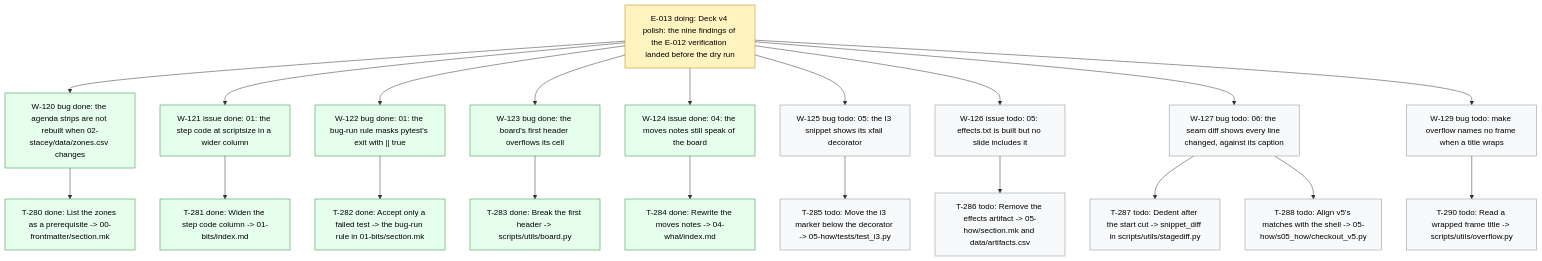
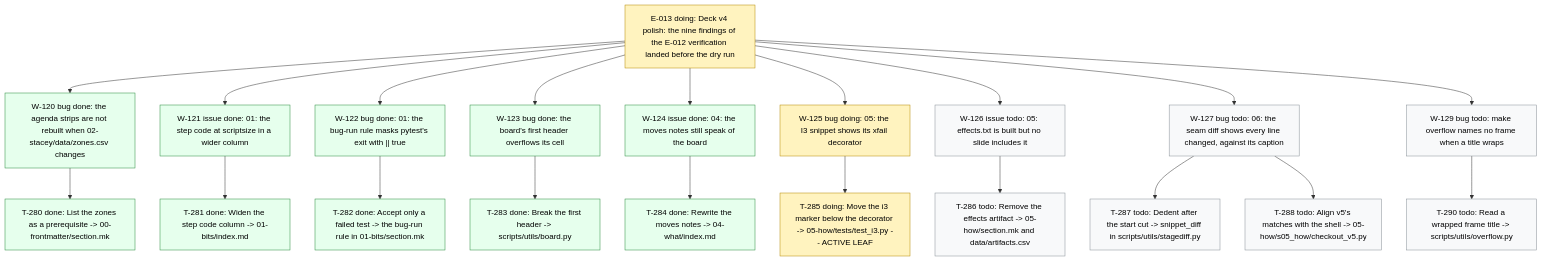
The diagram in .board/BOARD.md (dpopchev/chaos-to-simple), drawn with Mermaid before and after one commit. The commit also changed other lines of this file and 2 other files, not shown here.

Commit message:
chore(board): activate W-125, start T-285
Refs: W-125 T-285

````diff
--- a/.board/BOARD.md
+++ b/.board/BOARD.md
@@ -729,31 +729,31 @@
 ```mermaid
 flowchart TD
   E013["E-013 doing: Deck v4 polish: the nine findings of the E-012 verification landed before the dry run"]
   E013 --> W120["W-120 bug done: the agenda strips are not rebuilt when 02-stacey/data/zones.csv changes"]
   W120 --> T280["T-280 done: List the zones as a prerequisite -> 00-frontmatter/section.mk"]
   E013 --> W121["W-121 issue done: 01: the step code at scriptsize in a wider column"]
   W121 --> T281["T-281 done: Widen the step code column -> 01-bits/index.md"]
   E013 --> W122["W-122 bug done: 01: the bug-run rule masks pytest's exit with || true"]
   W122 --> T282["T-282 done: Accept only a failed test -> the bug-run rule in 01-bits/section.mk"]
   E013 --> W123["W-123 bug done: the board's first header overflows its cell"]
   W123 --> T283["T-283 done: Break the first header -> scripts/utils/board.py"]
   E013 --> W124["W-124 issue done: 04: the moves notes still speak of the board"]
   W124 --> T284["T-284 done: Rewrite the moves notes -> 04-what/index.md"]
-  E013 --> W125["W-125 bug todo: 05: the I3 snippet shows its xfail decorator"]
-  W125 --> T285["T-285 todo: Move the i3 marker below the decorator -> 05-how/tests/test_i3.py"]
+  E013 --> W125["W-125 bug doing: 05: the I3 snippet shows its xfail decorator"]
+  W125 --> T285["T-285 doing: Move the i3 marker below the decorator -> 05-how/tests/test_i3.py -- ACTIVE LEAF"]
   E013 --> W126["W-126 issue todo: 05: effects.txt is built but no slide includes it"]
   W126 --> T286["T-286 todo: Remove the effects artifact -> 05-how/section.mk and data/artifacts.csv"]
   E013 --> W127["W-127 bug todo: 06: the seam diff shows every line changed, against its caption"]
   W127 --> T287["T-287 todo: Dedent after the start cut -> snippet_diff in scripts/utils/stagediff.py"]
   W127 --> T288["T-288 todo: Align v5's matches with the shell -> 05-how/s05_how/checkout_v5.py"]
   E013 --> W129["W-129 bug todo: make overflow names no frame when a title wraps"]
   W129 --> T290["T-290 todo: Read a wrapped frame title -> scripts/utils/overflow.py"]
   classDef doing fill:#fff3bf,stroke:#b58900,color:#000;
   classDef blocked fill:#ffe3e3,stroke:#c92a2a,color:#000;
   classDef done fill:#e6ffed,stroke:#2b8a3e,color:#000;
   classDef todo fill:#f8f9fa,stroke:#868e96,color:#000;
   classDef pruned fill:#f1f3f5,stroke:#adb5bd,color:#000;
-  class E013 doing
+  class E013,W125,T285 doing
   class W120,T280,W121,T281,W122,T282,W123,T283,W124,T284 done
-  class W125,T285,W126,T286,W127,T287,T288,W129,T290 todo
+  class W126,T286,W127,T287,T288,W129,T290 todo
 ```
````
